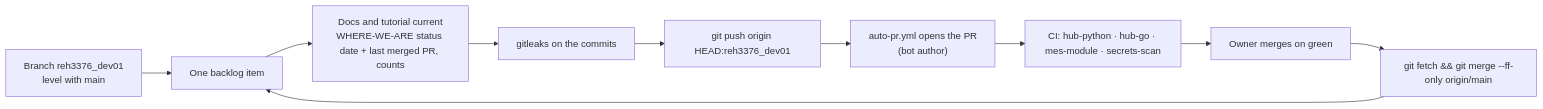
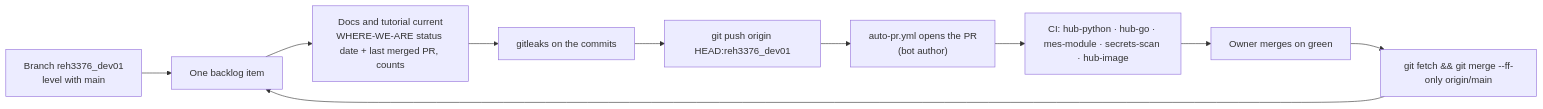
Before and after one commit to reh3376/forge: diagram 22 of 26 in docs/tutorial.md, drawn with Mermaid. The commit also changed other lines of this file and 7 other files, not shown here.

````diff
--- a/docs/tutorial.md
+++ b/docs/tutorial.md
@@ -2036,12 +2036,12 @@
 ```mermaid
 flowchart LR
   B["Branch reh3376_dev01<br/>level with main"] --> I["One backlog item"]
   I --> D["Docs and tutorial current<br/>WHERE-WE-ARE status date + last merged PR, counts"]
   D --> G["gitleaks on the commits"]
   G --> P["git push origin HEAD:reh3376_dev01"]
   P --> PR["auto-pr.yml opens the PR<br/>(bot author)"]
-  PR --> CI["CI: hub-python · hub-go · mes-module · secrets-scan"]
+  PR --> CI["CI: hub-python · hub-go · mes-module · secrets-scan · hub-image"]
   CI --> M["Owner merges on green"]
   M --> S["git fetch && git merge --ff-only origin/main"]
   S --> I
 ```
````
